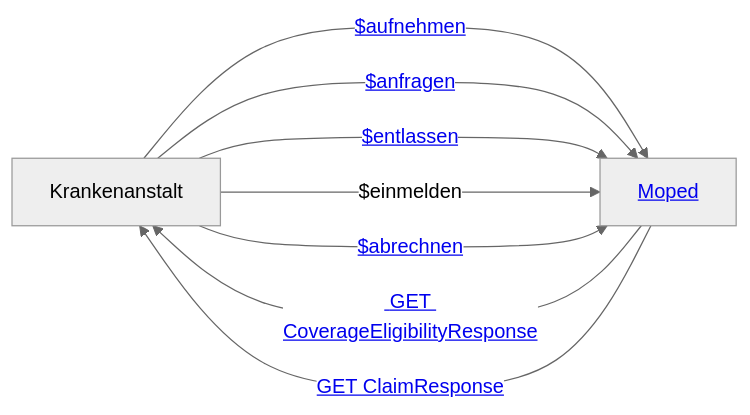
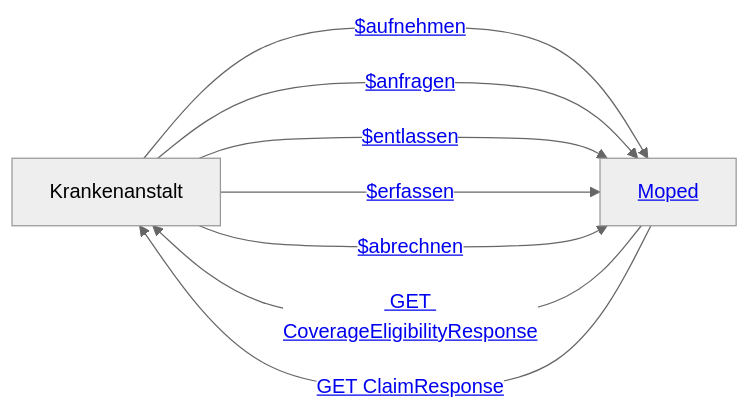
The second of 5 diagrams in input/pagecontent/actors.md (HL7Austria/ELGA-MOPED-R5), drawn with Mermaid (neutral theme) before and after one commit. The commit also changed other lines of this file and 1 other file, not shown here.

```diff
--- a/input/pagecontent/actors.md
+++ b/input/pagecontent/actors.md
@@ -38,12 +38,12 @@
-<div class="mermaid">
+<pre class="mermaid">
     graph LR
     KH[Krankenanstalt]
     Moped[<a href="#top">Moped</a>] 
     KH --->|<a href="OperationDefinition-MOPED.Patient.Aufnehmen.html"> $aufnehmen</a>| Moped 
     KH -->|<a href="OperationDefinition-MOPED.CoverageEligibilityRequest.Anfragen.html"> $anfragen</a>| Moped
-    KH -->|<a href="OperationDefinition-MOPED.Encounter.erfassen.html"> $entlassen</a>| Moped 
-    KH -->|$einmelden| Moped
+    KH -->|<a href="OperationDefinition-MOPED.Patient.Entlassen.html"> $entlassen</a>| Moped 
+    KH -->|<a href="OperationDefinition-MOPED.Encounter.erfassen.html">$erfassen</a>| Moped
     KH -->|<a href="OperationDefinition-MOPED.Encounter.Abrechnen.html"> $abrechnen</a>| Moped
     Moped -->|<a href="StructureDefinition-MOPEDCoverageEligibilityResponse.html"> GET CoverageEligibilityResponse</a>| KH
     Moped --->|<a href="StructureDefinition-MOPEDClaimResponse.html"> GET ClaimResponse</a>| KH
-</div>
+</pre>
```
